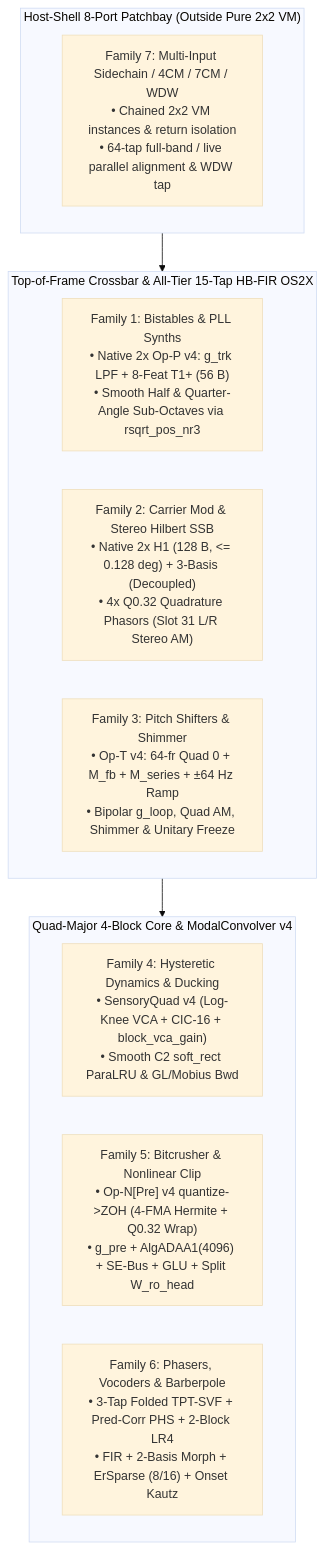
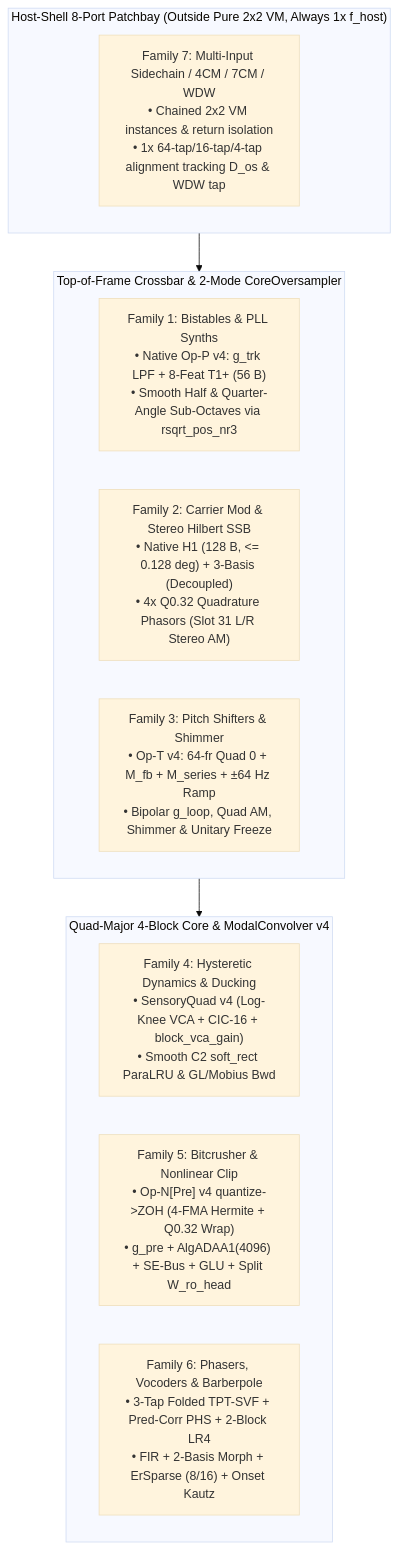
One commit to mokugen/dnam changed the seventh of 7 diagrams in docs/specs/architecture/sona_architecture.md. Above: the diagram before and after it, drawn with Mermaid (base theme). The commit also changed other lines of this file and 23 other files, not shown here.

Commit message:
docs(adr,specs): ratify ADR-0026 core-only multirate, tau_eff crossbar, and deterministic ControlBus

````diff
--- a/docs/specs/architecture/sona_architecture.md
+++ b/docs/specs/architecture/sona_architecture.md
@@ -615,20 +634,20 @@
 ```mermaid
 flowchart TD
-    subgraph HostShell ["Host-Shell 8-Port Patchbay (Outside Pure 2x2 VM)"]
-        F7["Family 7: Multi-Input Sidechain / 4CM / 7CM / WDW<br/>• Chained 2x2 VM instances & return isolation<br/>• 64-tap full-band / live parallel alignment & WDW tap"]
+    subgraph HostShell ["Host-Shell 8-Port Patchbay (Outside Pure 2x2 VM, Always 1x f_host)"]
+        F7["Family 7: Multi-Input Sidechain / 4CM / 7CM / WDW<br/>• Chained 2x2 VM instances & return isolation<br/>• 1x 64-tap/16-tap/4-tap alignment tracking D_os & WDW tap"]
     end
 
-    subgraph Crossbar ["Top-of-Frame Crossbar & All-Tier 15-Tap HB-FIR OS2X"]
-        F1["Family 1: Bistables & PLL Synths<br/>• Native 2x Op-P v4: g_trk LPF + 8-Feat T1+ (56 B)<br/>• Smooth Half & Quarter-Angle Sub-Octaves via rsqrt_pos_nr3"]
-        F2["Family 2: Carrier Mod & Stereo Hilbert SSB<br/>• Native 2x H1 (128 B, <= 0.128 deg) + 3-Basis (Decoupled)<br/>• 4x Q0.32 Quadrature Phasors (Slot 31 L/R Stereo AM)"]
+    subgraph Crossbar ["Top-of-Frame Crossbar & 2-Mode CoreOversampler"]
+        F1["Family 1: Bistables & PLL Synths<br/>• Native Op-P v4: g_trk LPF + 8-Feat T1+ (56 B)<br/>• Smooth Half & Quarter-Angle Sub-Octaves via rsqrt_pos_nr3"]
+        F2["Family 2: Carrier Mod & Stereo Hilbert SSB<br/>• Native H1 (128 B, <= 0.128 deg) + 3-Basis (Decoupled)<br/>• 4x Q0.32 Quadrature Phasors (Slot 31 L/R Stereo AM)"]
         F3["Family 3: Pitch Shifters & Shimmer<br/>• Op-T v4: 64-fr Quad 0 + M_fb + M_series + ±64 Hz Ramp<br/>• Bipolar g_loop, Quad AM, Shimmer & Unitary Freeze"]
     end
 
     subgraph CoreAndConv ["Quad-Major 4-Block Core & ModalConvolver v4"]
         F4["Family 4: Hysteretic Dynamics & Ducking<br/>• SensoryQuad v4 (Log-Knee VCA + CIC-16 + block_vca_gain)<br/>• Smooth C2 soft_rect ParaLRU & GL/Mobius Bwd"]
         F5["Family 5: Bitcrusher & Nonlinear Clip<br/>• Op-N[Pre] v4 quantize->ZOH (4-FMA Hermite + Q0.32 Wrap)<br/>• g_pre + AlgADAA1(4096) + SE-Bus + GLU + Split W_ro_head"]
         F6["Family 6: Phasers, Vocoders & Barberpole<br/>• 3-Tap Folded TPT-SVF + Pred-Corr PHS + 2-Block LR4<br/>• FIR + 2-Basis Morph + ErSparse (8/16) + Onset Kautz"]
     end
 
     HostShell --> Crossbar --> CoreAndConv
 ```
````
